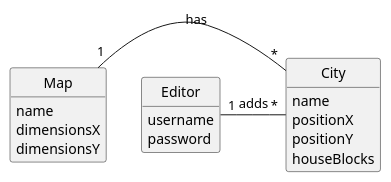
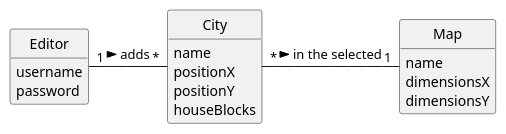
One commit to bruno-monteiro5/sem2-pi-24.25-g132-repo changed the diagram in docs/system-documentation/US003/02.analysis/puml/US003-DM.puml. Above: the diagram before and after it, drawn with PlantUML. The commit also changed 2 other files, not shown here.

Commit message:
US003 and US007 analysis diagrams changed

```diff
--- a/docs/system-documentation/US003/02.analysis/puml/US003-DM.puml
+++ b/docs/system-documentation/US003/02.analysis/puml/US003-DM.puml
@@ -1,39 +1,39 @@
 @startuml
 skinparam monochrome true
 skinparam packageStyle rectangle
 skinparam shadowing false
 
 'left to right direction
 
 skinparam classAttributeIconSize 0
 
 hide circle
 hide methods
 
 'title Domain Model
 
 class Map {
     name
     dimensionsX
     dimensionsY
 }
 
 class City {
     name
     positionX
     positionY
     houseBlocks
 }
 
 class Editor {
     username
     password
 
 }
-Map "1" - "*" City : has
+City "*" - "1" Map : in the selected >
 
-Editor "1" - "*" City : adds
+Editor "1" - "*" City : adds >
 
 
 
 @enduml
```
